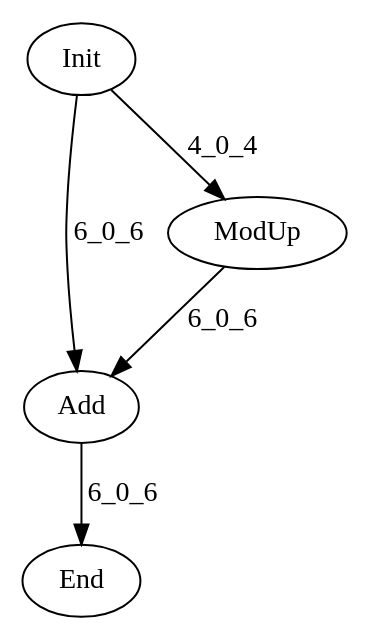
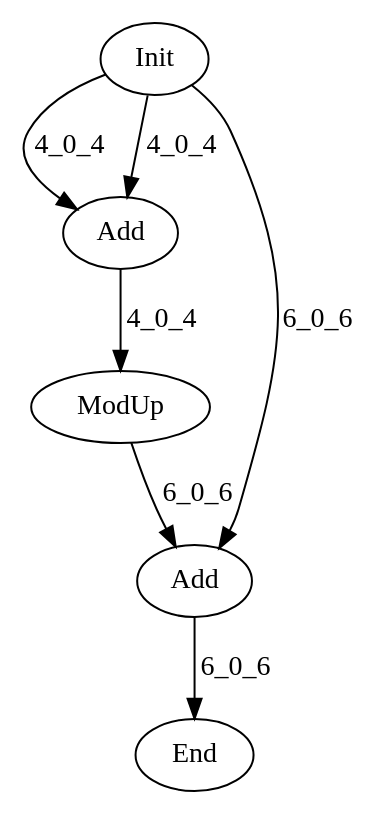
Before and after one commit to hal-lab-u-tokyo/PolyFHE: the diagram in data/graph_poly.dot, drawn with Graphviz. The commit also changed 3 other files, not shown here.

```diff
--- a/data/graph_poly.dot
+++ b/data/graph_poly.dot
@@ -1,10 +1,13 @@
 digraph G {
 Init[label="Init"];
+Add0[label="Add"];
 End[label="End"];
 Add[label="Add"];
 ModUp[label="ModUp"];
-Init -> ModUp[label="4_0_4"];
+Init -> Add0[label="4_0_4"];
+Init -> Add0[label="4_0_4"];
+Add0 -> ModUp[label="4_0_4"];
 Init -> Add[label="6_0_6"];
 ModUp -> Add[label="6_0_6"];
 Add -> End[label="6_0_6"];
 }
```
